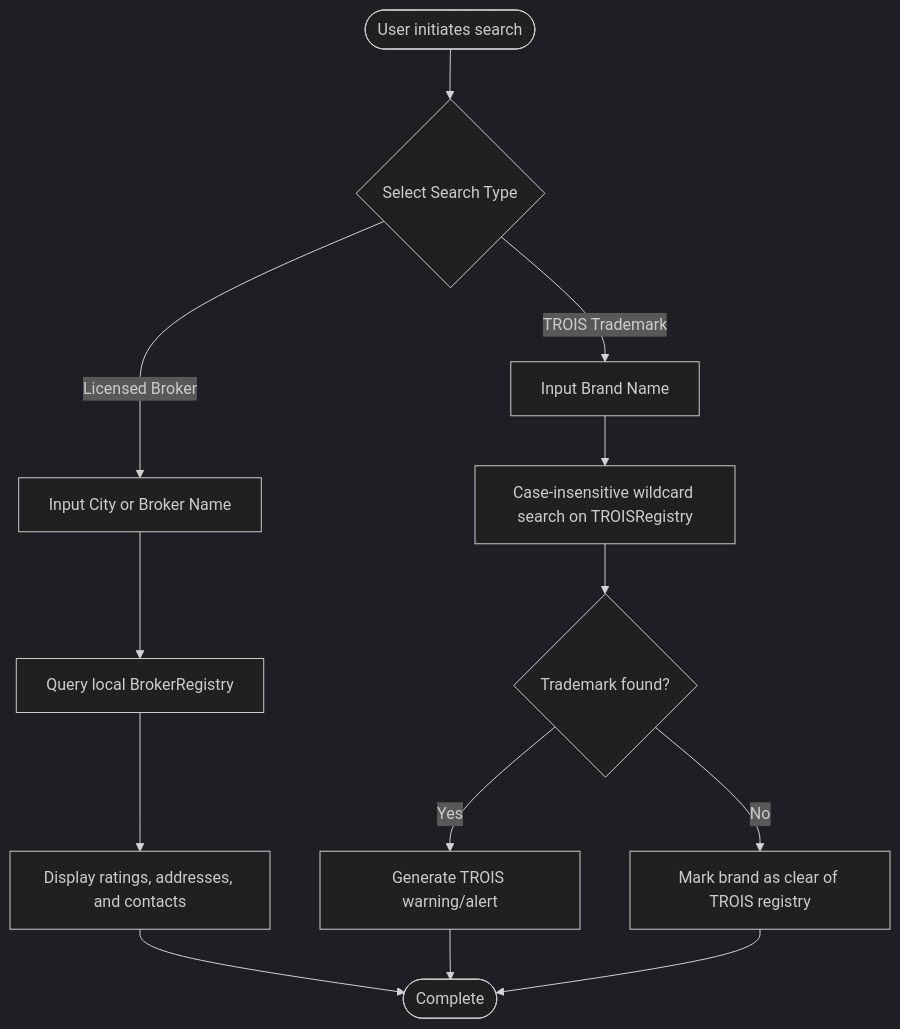
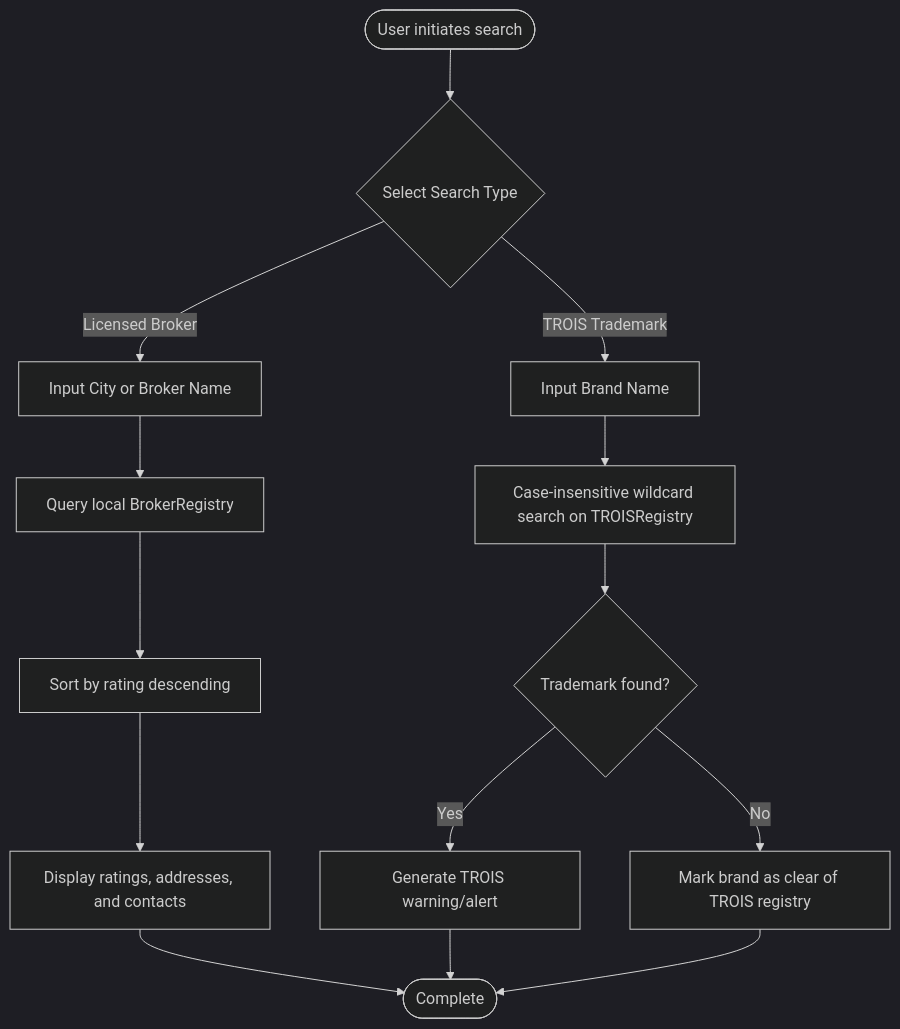
One commit to Laurentzius/smartkeden changed the first of 2 diagrams in flows/features/kgd_registry_flow.md. Above: the diagram before and after it, drawn with Mermaid (dark theme). The commit also changed other lines of this file and 32 other files, not shown here.

````diff
--- a/flows/features/kgd_registry_flow.md
+++ b/flows/features/kgd_registry_flow.md
@@ -37,18 +37,18 @@
 ```mermaid
 flowchart TD
   Start([User initiates search]) --> Choice{Select Search Type}
   Choice -->|Licensed Broker| BrokerQuery[Input City or Broker Name]
   Choice -->|TROIS Trademark| TrademarkQuery[Input Brand Name]
   
   BrokerQuery --> SearchDB[Query local BrokerRegistry]
-  SearchDB --> ReturnBrokers[Display ratings, addresses, and contacts]
-  
+  SearchDB --> SortByRating[Sort by rating descending]
+  SortByRating --> ReturnBrokers[Display ratings, addresses, and contacts]
   TrademarkQuery --> CheckTROIS[Case-insensitive wildcard search on TROISRegistry]
   CheckTROIS --> Decision{Trademark found?}
   Decision -->|Yes| Warn[Generate TROIS warning/alert]
   Decision -->|No| Safe[Mark brand as clear of TROIS registry]
   
   ReturnBrokers --> End([Complete])
   Warn --> End
   Safe --> End
 ```
````
